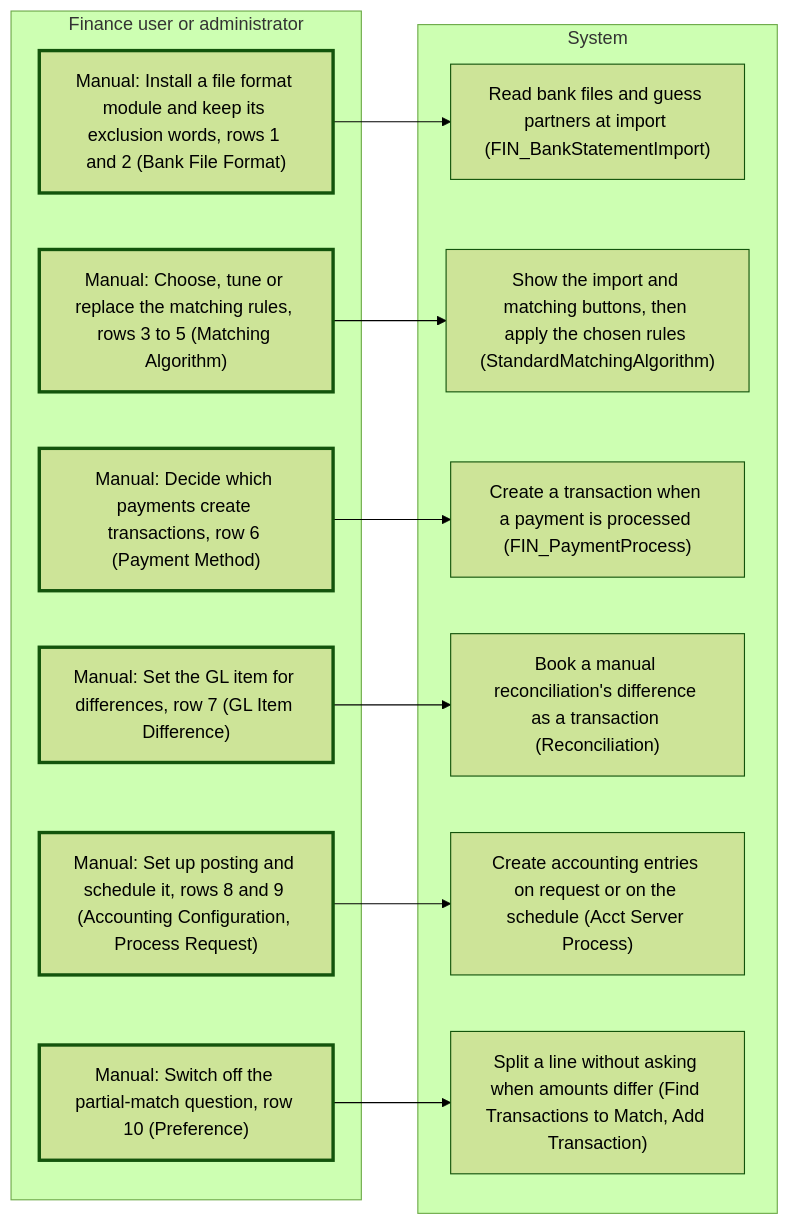
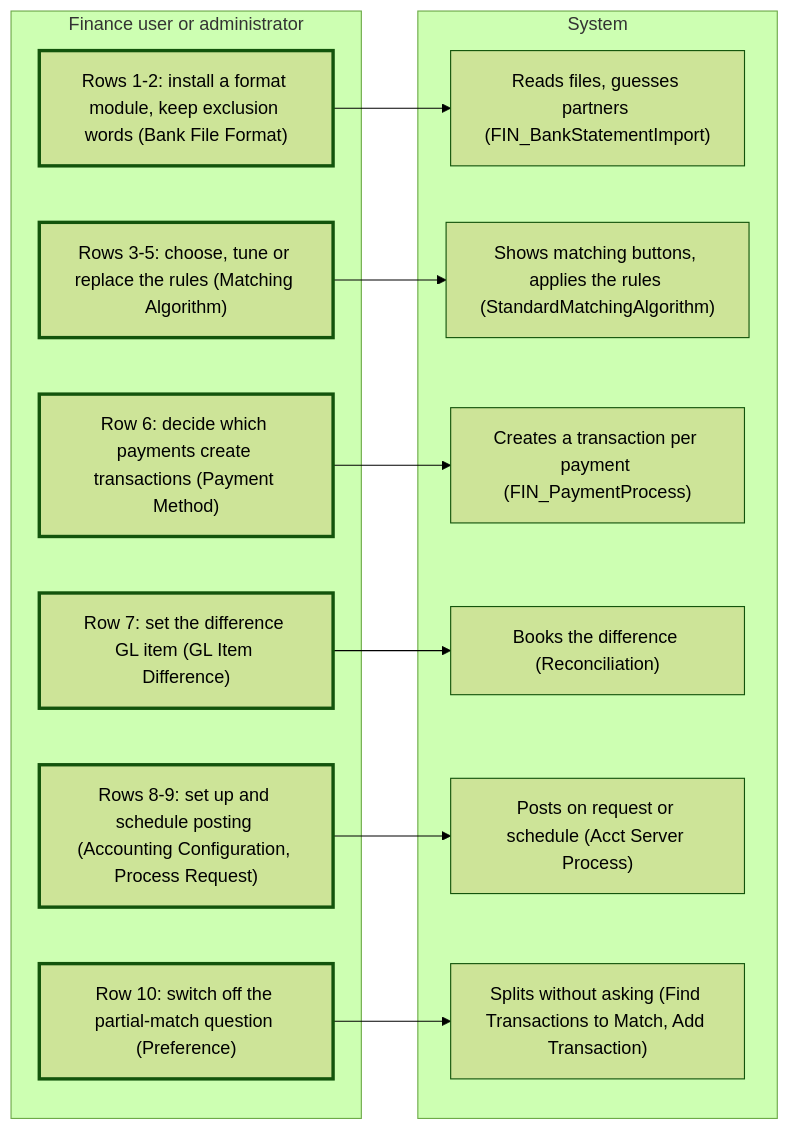
One commit to blitzy-public-samples/openbravo-erp changed the fourth of 9 diagrams in docs/analysis/analysis-1-current-state-reconciliation.md. Above: the diagram before and after it, drawn with Mermaid (forest theme). The commit also changed other lines of this file and 1 other file, not shown here.

````diff
--- a/docs/analysis/analysis-1-current-state-reconciliation.md
+++ b/docs/analysis/analysis-1-current-state-reconciliation.md
@@ -219,27 +219,27 @@
 ```mermaid
 flowchart LR
   subgraph People["Finance user or administrator"]
-    M1["Manual: Install a file format module and keep its exclusion words, rows 1 and 2 (Bank File Format)"]
-    M3["Manual: Choose, tune or replace the matching rules, rows 3 to 5 (Matching Algorithm)"]
-    M6["Manual: Decide which payments create transactions, row 6 (Payment Method)"]
-    M7["Manual: Set the GL item for differences, row 7 (GL Item Difference)"]
-    M8["Manual: Set up posting and schedule it, rows 8 and 9 (Accounting Configuration, Process Request)"]
-    M10["Manual: Switch off the partial-match question, row 10 (Preference)"]
+    M1["Rows 1-2: install a format module, keep exclusion words (Bank File Format)"]
+    M3["Rows 3-5: choose, tune or replace the rules (Matching Algorithm)"]
+    M6["Row 6: decide which payments create transactions (Payment Method)"]
+    M7["Row 7: set the difference GL item (GL Item Difference)"]
+    M8["Rows 8-9: set up and schedule posting (Accounting Configuration, Process Request)"]
+    M10["Row 10: switch off the partial-match question (Preference)"]
   end
   subgraph System["System"]
-    S1["Read bank files and guess partners at import (FIN_BankStatementImport)"]
-    S2["Show the import and matching buttons, then apply the chosen rules (StandardMatchingAlgorithm)"]
-    S3["Create a transaction when a payment is processed (FIN_PaymentProcess)"]
-    S4["Book a manual reconciliation's difference as a transaction (Reconciliation)"]
-    S5["Create accounting entries on request or on the schedule (Acct Server Process)"]
-    S6["Split a line without asking when amounts differ (Find Transactions to Match, Add Transaction)"]
+    S1["Reads files, guesses partners (FIN_BankStatementImport)"]
+    S2["Shows matching buttons, applies the rules (StandardMatchingAlgorithm)"]
+    S3["Creates a transaction per payment (FIN_PaymentProcess)"]
+    S4["Books the difference (Reconciliation)"]
+    S5["Posts on request or schedule (Acct Server Process)"]
+    S6["Splits without asking (Find Transactions to Match, Add Transaction)"]
   end
   M1 --> S1
   M3 --> S2
   M6 --> S3
   M7 --> S4
   M8 --> S5
   M10 --> S6
   classDef manual stroke-width:3px
   class M1,M3,M6,M7,M8,M10 manual
 ```
````
